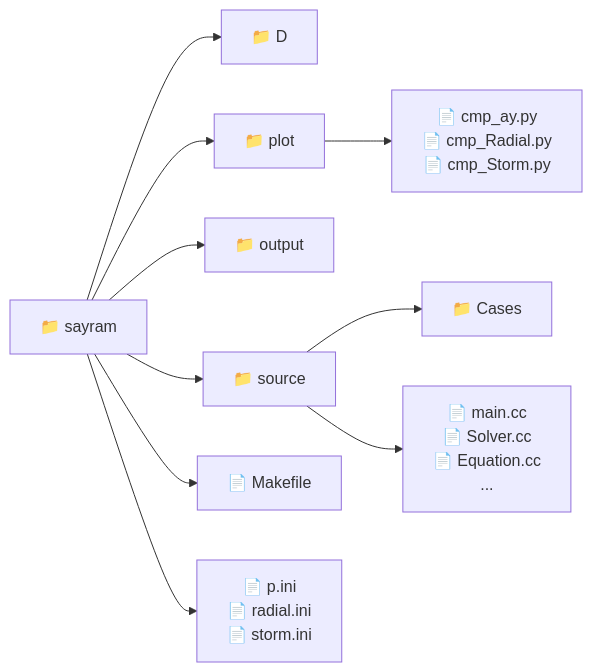
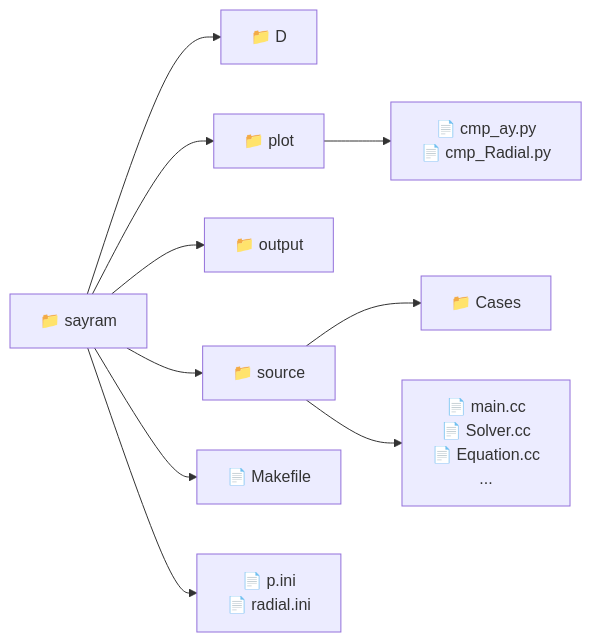
Before and after one commit to xtaohub/sayram: the first of 2 diagrams in README.md, drawn with Mermaid.

````diff
--- a/README.md
+++ b/README.md
@@ -31,15 +31,15 @@
 ```mermaid
 graph LR
     A[📁 sayram] --> B[📁 D]
     A --> C[📁 plot]
     A --> K[📁 output]
     A --> D[📁 source]
     A --> E[📄 Makefile]
-    A --> F["📄 p.ini<br>📄 radial.ini<br>📄 storm.ini"]
+    A --> F["📄 p.ini<br>📄 radial.ini<br>"]
 
     D --> G[📁 Cases]
     D --> H["📄 main.cc<br>📄 Solver.cc<br>📄 Equation.cc<br>..."]
 
-    C --> J["📄 cmp_ay.py<br>📄 cmp_Radial.py<br>📄 cmp_Storm.py"]
+    C --> J["📄 cmp_ay.py<br>📄 cmp_Radial.py<br>"]
 
 ```
````
